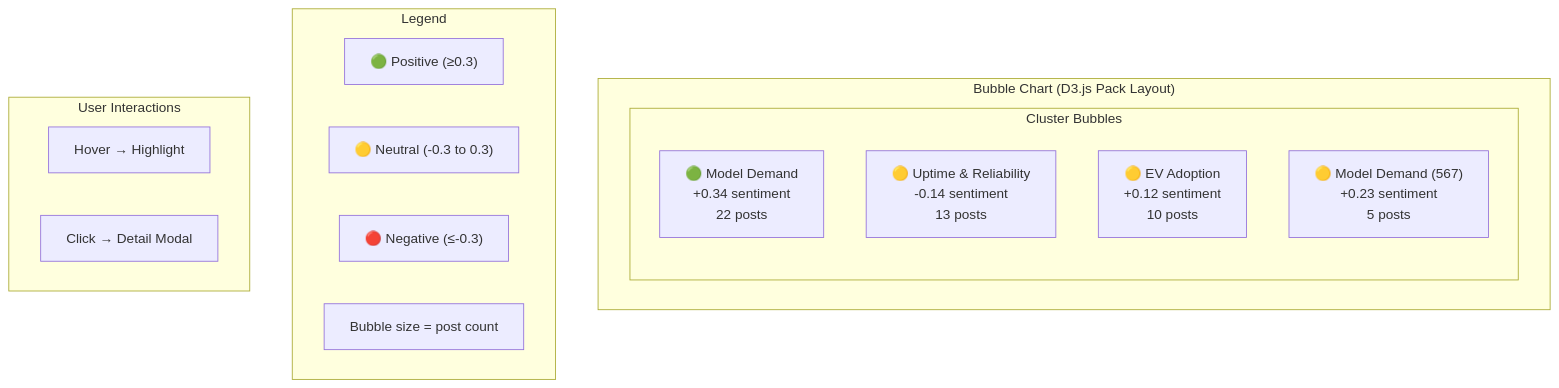
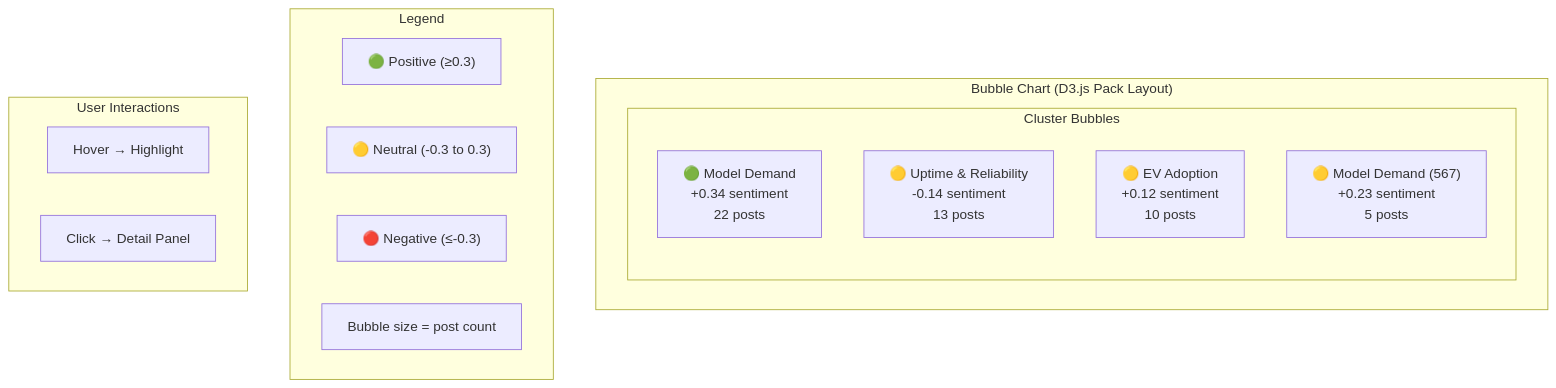
The fifth of 7 diagrams in docs/ARCHITECTURE.md (Bphissles/brand-sentiment-analysis), drawn with Mermaid before and after one commit. The commit also changed other lines of this file and 6 other files, not shown here.

````diff
--- a/docs/ARCHITECTURE.md
+++ b/docs/ARCHITECTURE.md
@@ -203,23 +208,23 @@
 ```mermaid
 graph TD
     subgraph Graph["Bubble Chart (D3.js Pack Layout)"]
         subgraph Nodes["Cluster Bubbles"]
             N1["🟢 Model Demand<br/>+0.34 sentiment<br/>22 posts"]
             N2["🟡 Uptime & Reliability<br/>-0.14 sentiment<br/>13 posts"]
             N3["🟡 EV Adoption<br/>+0.12 sentiment<br/>10 posts"]
             N4["🟡 Model Demand (567)<br/>+0.23 sentiment<br/>5 posts"]
         end
     end
 
     subgraph Legend["Legend"]
         GREEN["🟢 Positive (≥0.3)"]
         YELLOW["🟡 Neutral (-0.3 to 0.3)"]
         RED["🔴 Negative (≤-0.3)"]
         SIZE["Bubble size = post count"]
     end
 
     subgraph Interaction["User Interactions"]
         HOVER["Hover → Highlight"]
-        CLICK["Click → Detail Modal"]
+        CLICK["Click → Detail Panel"]
     end
 ```
````
